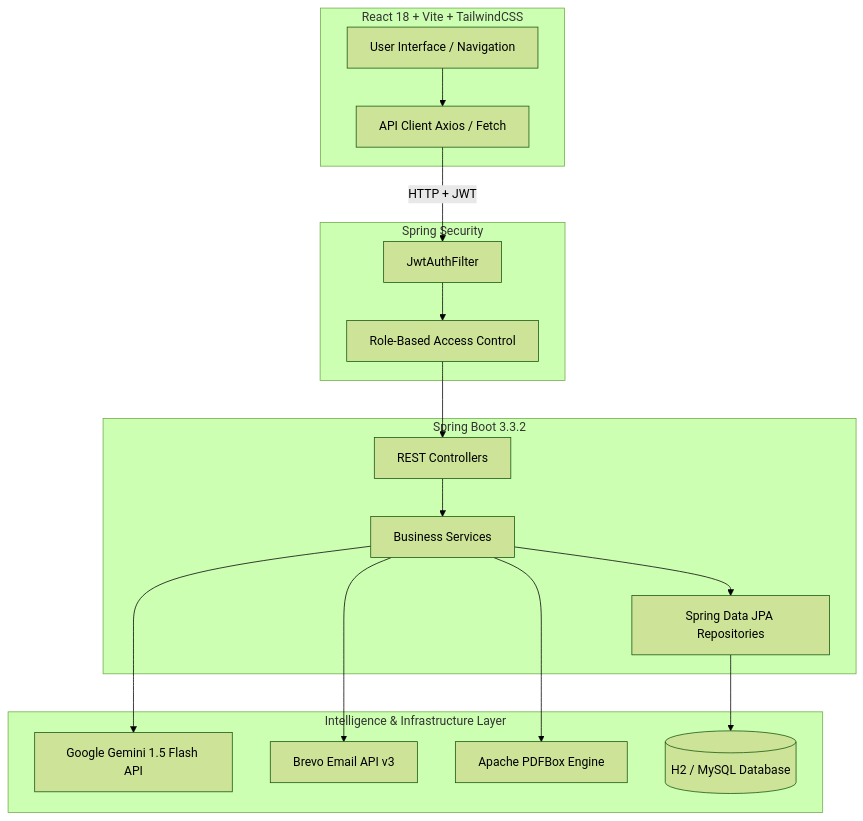
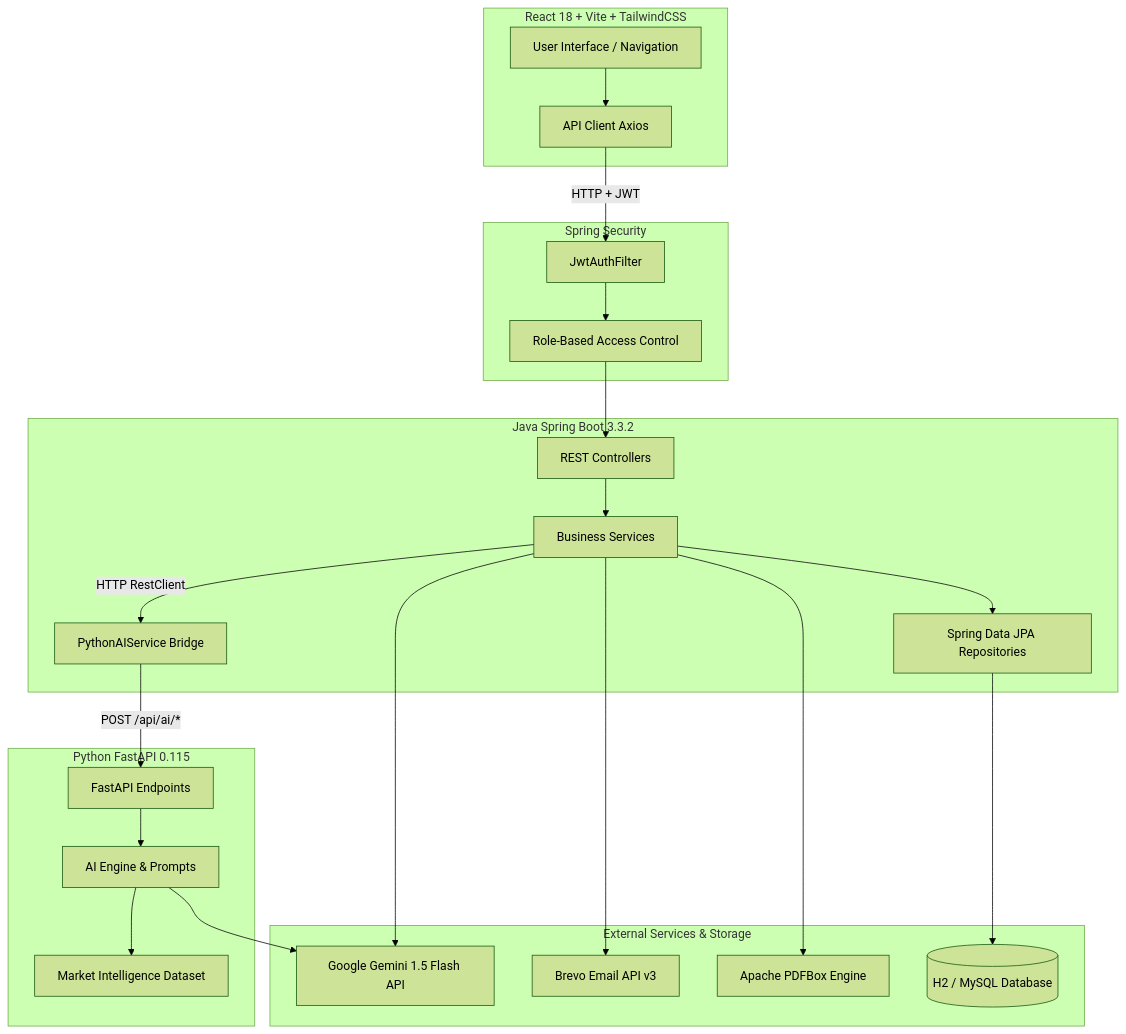
One commit to VishalRajExe/ProcureAI changed the third of 4 diagrams in README.md. Above: the diagram before and after it, drawn with Mermaid (forest theme). The commit also changed other lines of this file and 23 other files, not shown here.

Commit message:
Add official MIT License, Python FastAPI AI microservice, and documentation updates

````diff
--- a/README.md
+++ b/README.md
@@ -141,36 +146,48 @@
 ```mermaid
 graph TD
     subgraph Frontend Layer [React 18 + Vite + TailwindCSS]
         UI[User Interface / Navigation]
-        API_CLIENT[API Client Axios / Fetch]
+        API_CLIENT[API Client Axios]
     end
 
     subgraph Security Layer [Spring Security]
         JWT[JwtAuthFilter]
         RBAC[Role-Based Access Control]
     end
 
-    subgraph Backend Layer [Spring Boot 3.3.2]
+    subgraph Core Backend [Java Spring Boot 3.3.2]
         CTRL[REST Controllers]
         SERV[Business Services]
+        PY_BRIDGE[PythonAIService Bridge]
         REPO[Spring Data JPA Repositories]
     end
 
-    subgraph Intelligence & Infrastructure Layer
+    subgraph AI Microservice Layer [Python FastAPI 0.115]
+        FASTAPI[FastAPI Endpoints]
+        AI_ENGINE[AI Engine & Prompts]
+        MKT_INTEL[Market Intelligence Dataset]
+    end
+
+    subgraph External Services & Storage
         GEMINI[Google Gemini 1.5 Flash API]
         BREVO[Brevo Email API v3]
         PDFBOX[Apache PDFBox Engine]
         DB[(H2 / MySQL Database)]
     end
 
     UI --> API_CLIENT
     API_CLIENT -->|HTTP + JWT| JWT
     JWT --> RBAC
     RBAC --> CTRL
     CTRL --> SERV
     SERV --> REPO
     REPO --> DB
+    SERV -->|HTTP RestClient| PY_BRIDGE
+    PY_BRIDGE -->|POST /api/ai/*| FASTAPI
+    FASTAPI --> AI_ENGINE
+    AI_ENGINE --> MKT_INTEL
+    AI_ENGINE --> GEMINI
     SERV --> GEMINI
     SERV --> BREVO
     SERV --> PDFBOX
 ```
````
